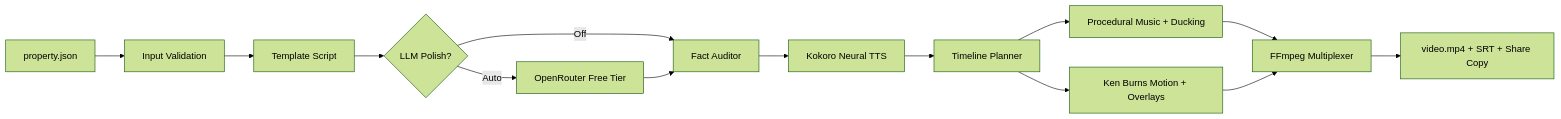
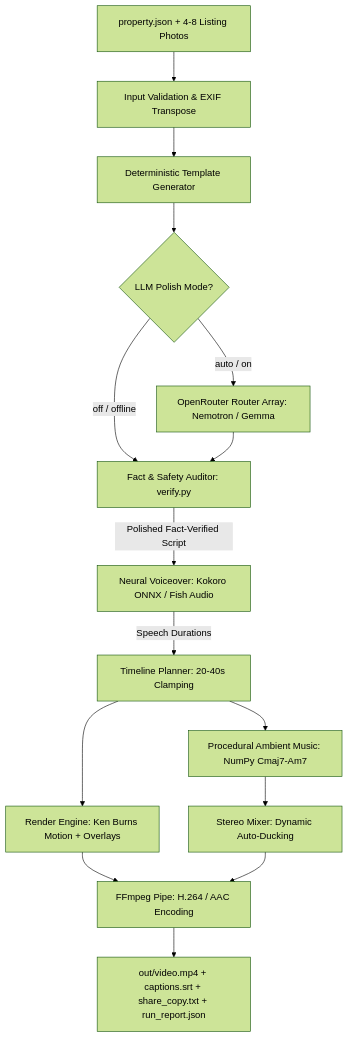
One commit to pranavbassishrey/Propvid changed the diagram in README.md. Above: the diagram before and after it, drawn with Mermaid (forest theme). The commit also changed other lines of this file and 1 other file, not shown here.

````diff
--- a/README.md
+++ b/README.md
@@ -25,16 +50,17 @@
 ```mermaid
-flowchart LR
-    A[property.json] --> B[Input Validation]
-    B --> C[Template Script]
-    C --> D{LLM Polish?}
-    D -- Off --> F[Fact Auditor]
-    D -- Auto --> E[OpenRouter Free Tier]
+flowchart TD
+    A[property.json + 4-8 Listing Photos] --> B[Input Validation & EXIF Transpose]
+    B --> C[Deterministic Template Generator]
+    C --> D{LLM Polish Mode?}
+    D -- off / offline --> F[Fact & Safety Auditor: verify.py]
+    D -- auto / on --> E[OpenRouter Router Array: Nemotron / Gemma]
     E --> F
-    F --> G[Kokoro Neural TTS]
-    G --> H[Timeline Planner]
-    H --> I[Procedural Music + Ducking]
-    H --> J[Ken Burns Motion + Overlays]
-    I --> K[FFmpeg Multiplexer]
-    J --> K
-    K --> L[video.mp4 + SRT + Share Copy]
+    F -->|Polished Fact-Verified Script| G[Neural Voiceover: Kokoro ONNX / Fish Audio]
+    G -->|Speech Durations| H[Timeline Planner: 20-40s Clamping]
+    H --> I[Procedural Ambient Music: NumPy Cmaj7-Am7]
+    I --> J[Stereo Mixer: Dynamic Auto-Ducking]
+    H --> K[Render Engine: Ken Burns Motion + Overlays]
+    K --> L[FFmpeg Pipe: H.264 / AAC Encoding]
+    J --> L
+    L --> M[out/video.mp4 + captions.srt + share_copy.txt + run_report.json]
 ```
````
